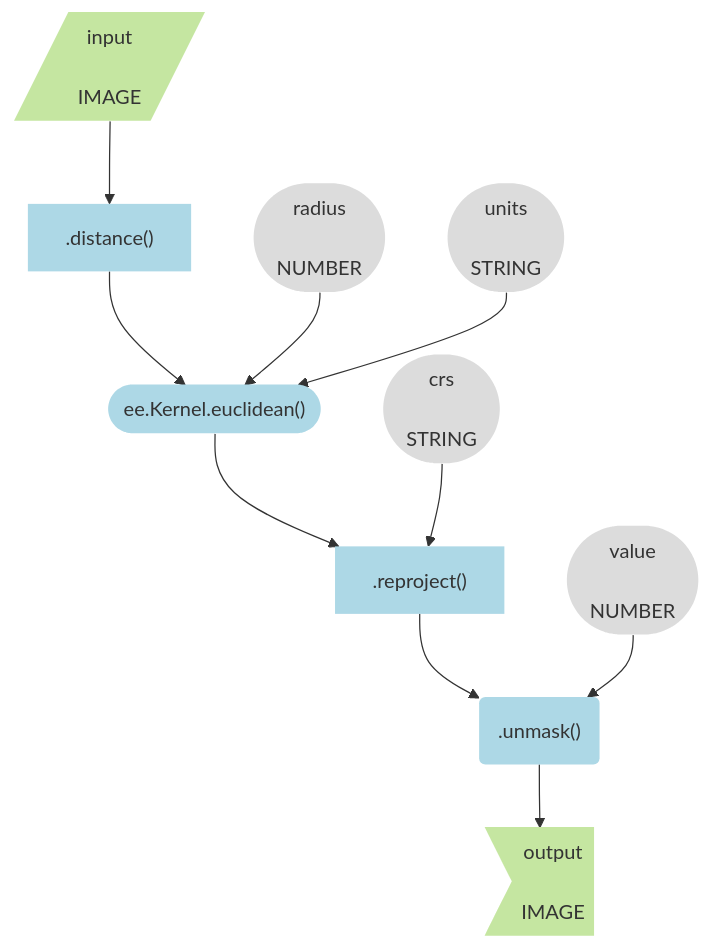
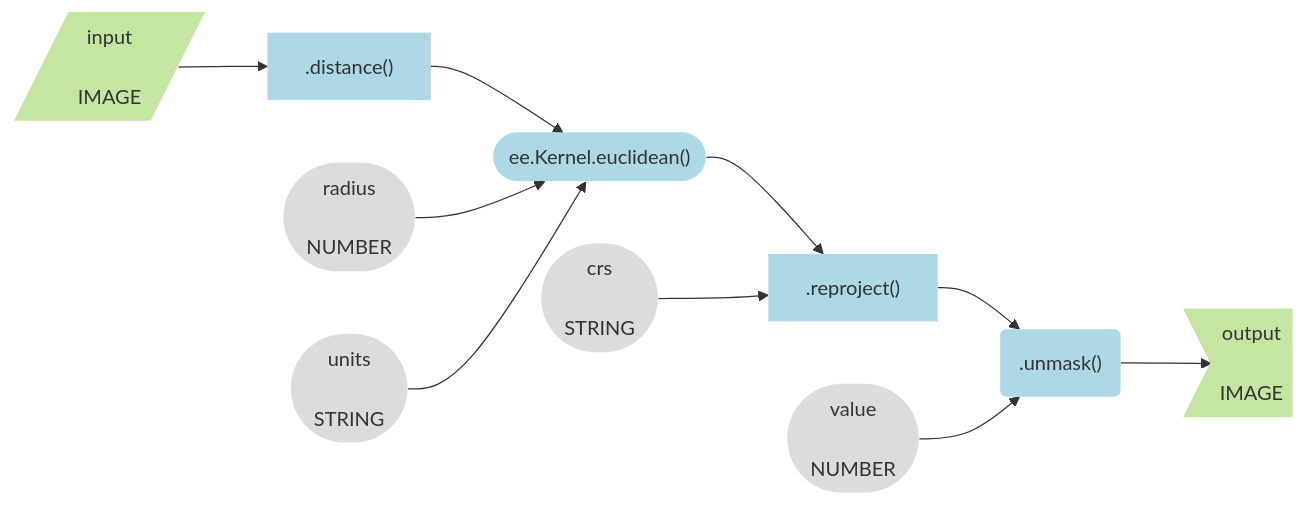
The tenth of 19 diagrams in src/workflows/grassland_bird_habitat.md (jeffhowarth/eeprimer), drawn with Mermaid before and after one commit. The commit also changed other lines of this file and 17 other files, not shown here.

````diff
--- a/src/workflows/grassland_bird_habitat.md
+++ b/src/workflows/grassland_bird_habitat.md
@@ -361,23 +441,23 @@
 ``` mermaid
-graph TB
+graph LR
   input[/input\n\nIMAGE/] --> method1[".distance()"] ;
   method1 --> method2(["ee.Kernel.euclidean()"])
   arg_att1([radius\n\nNUMBER]) --> method2;
   arg_att2([units\n\nSTRING]) --> method2;
   method2 --> method3[".reproject()"]
   arg_att3([crs\n\nSTRING]) --> method3;
   method3 --> method4(".unmask()")
   arg_att4([value\n\nNUMBER]) --> method4;
   method4 --> output>output\n\nIMAGE];
 
   style input fill:#C5E6A1,stroke-width:0px
   style method1 fill:#ADD8E6,stroke-width:0px
   style method2 fill:#ADD8E6,stroke-width:0px
   style method3 fill:#ADD8E6,stroke-width:0px
   style method4 fill:#ADD8E6,stroke-width:0px
   style output fill:#C5E6A1,stroke-width:0px
   style arg_att1 fill:#DCDCDC,stroke-width:0px
   style arg_att2 fill:#DCDCDC,stroke-width:0px
   style arg_att3 fill:#DCDCDC,stroke-width:0px
   style arg_att4 fill:#DCDCDC,stroke-width:0px
 ```
````
